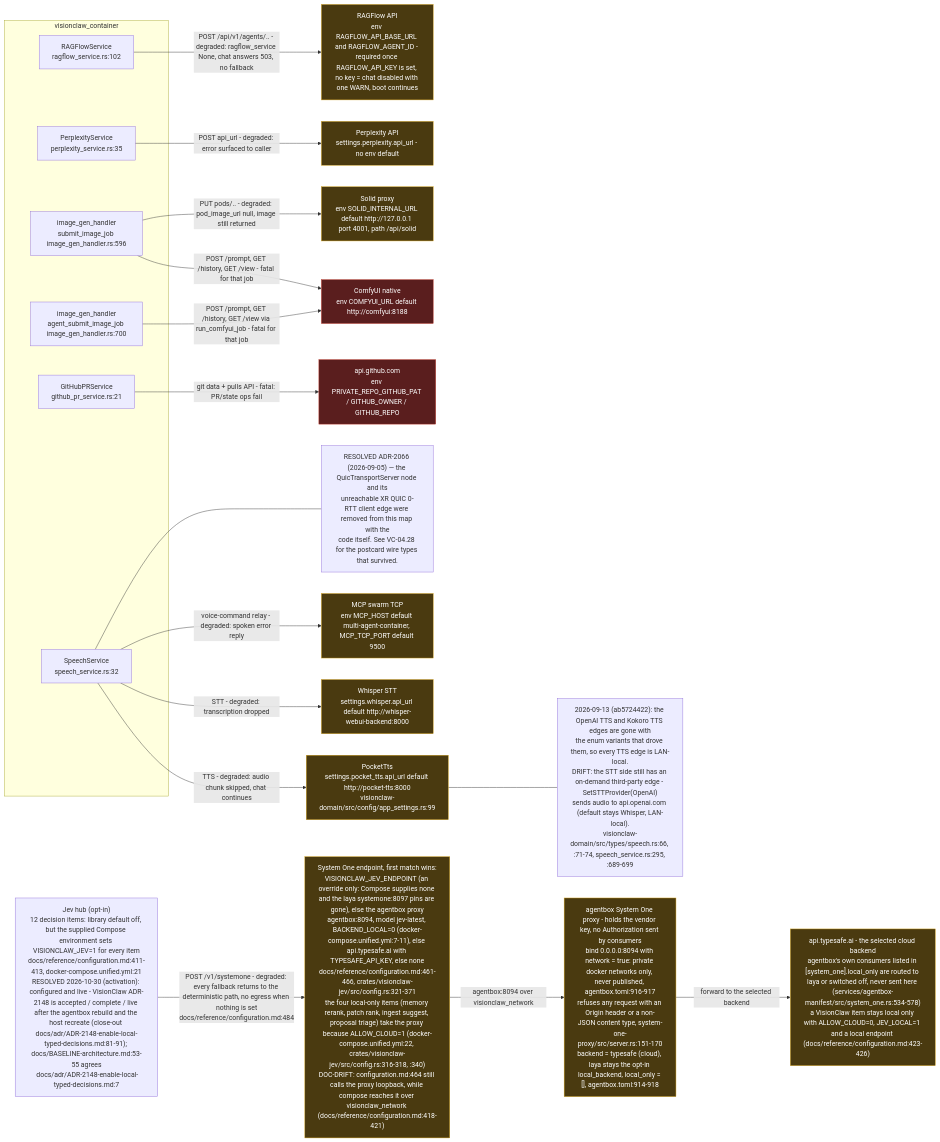
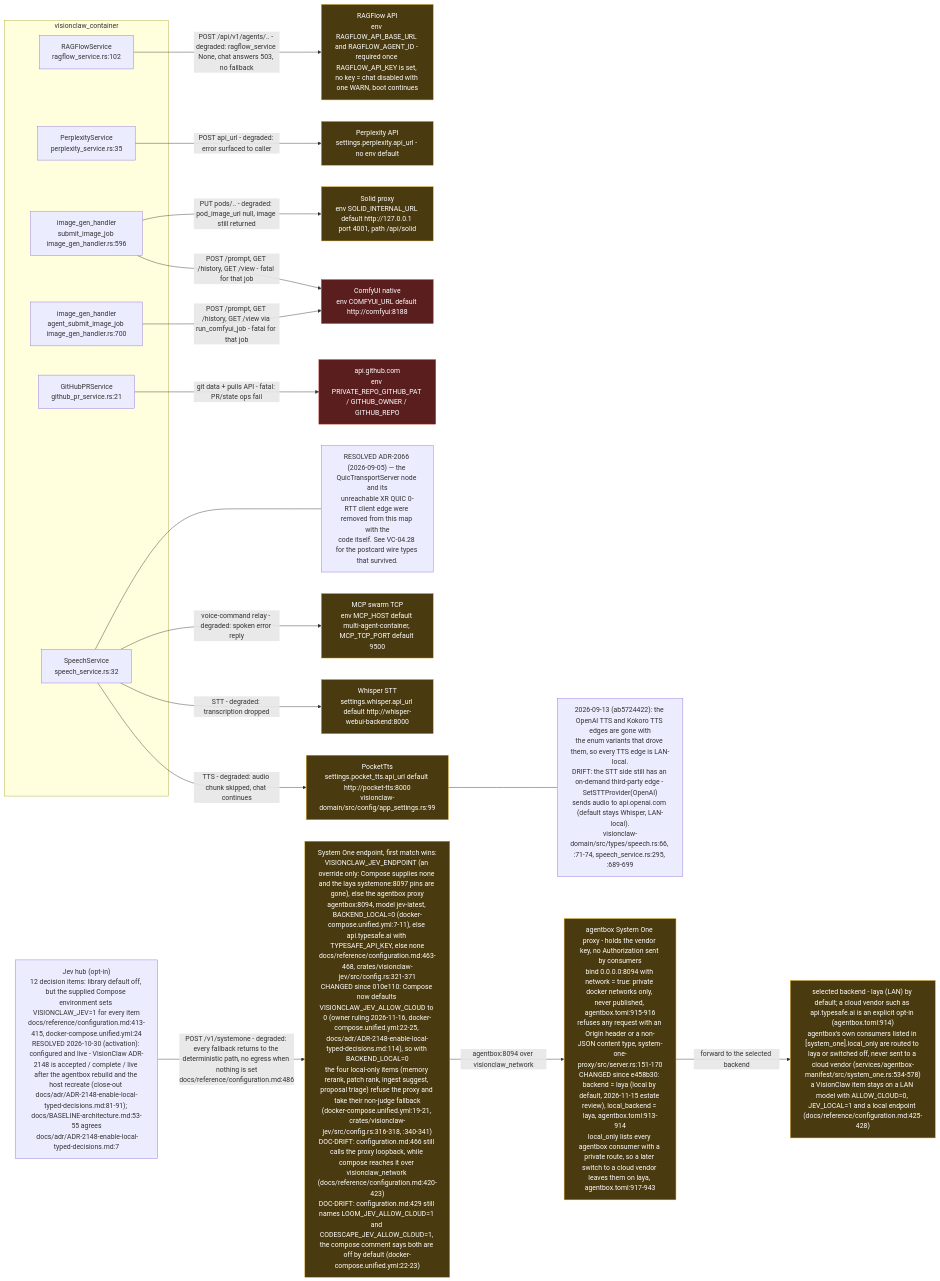
Before and after one commit to DreamLab-AI/VisionFlow: the eighth of 8 diagrams in docs/diagrams/visionclaw/28-external-services.md, drawn with Mermaid. The commit also changed other lines of this file and 7 other files, not shown here.

First line of the commit message:
diagrams(visionclaw): re-verify VC-25..28 and VC-30..33 at visionclaw 4900ec60b, agentbox 59b1aca1c

````diff
--- a/docs/diagrams/visionclaw/28-external-services.md
+++ b/docs/diagrams/visionclaw/28-external-services.md
@@ -395,47 +395,47 @@
 ```mermaid
 flowchart LR
     subgraph app["visionclaw_container"]
         RS["RAGFlowService<br/>ragflow_service.rs:102"]
         PS["PerplexityService<br/>perplexity_service.rs:35"]
         IG["image_gen_handler<br/>submit_image_job image_gen_handler.rs:596"]
         AG["image_gen_handler<br/>agent_submit_image_job image_gen_handler.rs:700"]
         GH["GitHubPRService<br/>github_pr_service.rs:21"]
         SS["SpeechService<br/>speech_service.rs:32"]
     end
 
     RF["RAGFlow API<br/>env RAGFLOW_API_BASE_URL and RAGFLOW_AGENT_ID - required once RAGFLOW_API_KEY is set, no key = chat disabled with one WARN, boot continues"]
     PX["Perplexity API<br/>settings.perplexity.api_url - no env default"]
     CFU["ComfyUI native<br/>env COMFYUI_URL default http://comfyui:8188"]
     SOL["Solid proxy<br/>env SOLID_INTERNAL_URL default http://127.0.0.1 port 4001, path /api/solid"]
     GHA["api.github.com<br/>env PRIVATE_REPO_GITHUB_PAT / GITHUB_OWNER / GITHUB_REPO"]
     PT["PocketTts<br/>settings.pocket_tts.api_url default http://pocket-tts:8000<br/>visionclaw-domain/src/config/app_settings.rs:99"]
     WHI["Whisper STT<br/>settings.whisper.api_url default http://whisper-webui-backend:8000"]
     MCPS["MCP swarm TCP<br/>env MCP_HOST default multi-agent-container, MCP_TCP_PORT default 9500"]
 
     RS -->|"POST /api/v1/agents/.. - degraded: ragflow_service None, chat answers 503, no fallback"| RF
     PS -->|"POST api_url - degraded: error surfaced to caller"| PX
     IG -->|"POST /prompt, GET /history, GET /view - fatal for that job"| CFU
     AG -->|"POST /prompt, GET /history, GET /view via run_comfyui_job - fatal for that job"| CFU
     IG -->|"PUT pods/.. - degraded: pod_image_url null, image still returned"| SOL
     GH -->|"git data + pulls API - fatal: PR/state ops fail"| GHA
     SS -->|"TTS - degraded: audio chunk skipped, chat continues"| PT
     SS -->|"STT - degraded: transcription dropped"| WHI
     SS -->|"voice-command relay - degraded: spoken error reply"| MCPS
-    JV["Jev hub (opt-in)<br/>12 decision items: library default off, but the supplied Compose environment sets VISIONCLAW_JEV=1 for every item<br/>docs/reference/configuration.md:411-413, docker-compose.unified.yml:21<br/>RESOLVED 2026-10-30 (activation): configured and live - VisionClaw ADR-2148 is accepted / complete / live after the agentbox rebuild and the host recreate (close-out docs/adr/ADR-2148-enable-local-typed-decisions.md:81-91); docs/BASELINE-architecture.md:53-55 agrees<br/> docs/adr/ADR-2148-enable-local-typed-decisions.md:7"]
-    JEP["System One endpoint, first match wins:<br/>VISIONCLAW_JEV_ENDPOINT (an override only: Compose supplies none and the laya systemone:8097 pins are gone), else the agentbox proxy<br/>agentbox:8094, model jev-latest, BACKEND_LOCAL=0 (docker-compose.unified.yml:7-11), else api.typesafe.ai with TYPESAFE_API_KEY, else none<br/>docs/reference/configuration.md:461-466, crates/visionclaw-jev/src/config.rs:321-371<br/>the four local-only items (memory rerank, patch rank, ingest suggest, proposal triage) take the proxy because ALLOW_CLOUD=1 (docker-compose.unified.yml:22, crates/visionclaw-jev/src/config.rs:316-318, :340)<br/>DOC-DRIFT: configuration.md:464 still calls the proxy loopback, while compose reaches it over visionclaw_network (docs/reference/configuration.md:418-421)"]
-    AB["agentbox System One proxy - holds the vendor key, no Authorization sent by consumers<br/>bind 0.0.0.0:8094 with network = true: private docker networks only, never published, agentbox.toml:916-917<br/>refuses any request with an Origin header or a non-JSON content type, system-one-proxy/src/server.rs:151-170<br/>backend = typesafe (cloud), laya stays the opt-in local_backend, local_only = [], agentbox.toml:914-918"]
-    TS["api.typesafe.ai - the selected cloud backend<br/>agentbox's own consumers listed in [system_one].local_only are routed to laya or switched off, never sent here (services/agentbox-manifest/src/system_one.rs:534-578)<br/>a VisionClaw item stays local only with ALLOW_CLOUD=0, JEV_LOCAL=1 and a local endpoint (docs/reference/configuration.md:423-426)"]
-    JV -->|"POST /v1/systemone - degraded: every fallback returns to the deterministic path, no egress when nothing is set<br/>docs/reference/configuration.md:484"| JEP
+    JV["Jev hub (opt-in)<br/>12 decision items: library default off, but the supplied Compose environment sets VISIONCLAW_JEV=1 for every item<br/>docs/reference/configuration.md:413-415, docker-compose.unified.yml:24<br/>RESOLVED 2026-10-30 (activation): configured and live - VisionClaw ADR-2148 is accepted / complete / live after the agentbox rebuild and the host recreate (close-out docs/adr/ADR-2148-enable-local-typed-decisions.md:81-91); docs/BASELINE-architecture.md:53-55 agrees<br/> docs/adr/ADR-2148-enable-local-typed-decisions.md:7"]
+    JEP["System One endpoint, first match wins:<br/>VISIONCLAW_JEV_ENDPOINT (an override only: Compose supplies none and the laya systemone:8097 pins are gone), else the agentbox proxy<br/>agentbox:8094, model jev-latest, BACKEND_LOCAL=0 (docker-compose.unified.yml:7-11), else api.typesafe.ai with TYPESAFE_API_KEY, else none<br/>docs/reference/configuration.md:463-468, crates/visionclaw-jev/src/config.rs:321-371<br/>CHANGED since 010e110: Compose now defaults VISIONCLAW_JEV_ALLOW_CLOUD to 0 (owner ruling 2026-11-16, docker-compose.unified.yml:22-25, docs/adr/ADR-2148-enable-local-typed-decisions.md:114), so with BACKEND_LOCAL=0<br/>the four local-only items (memory rerank, patch rank, ingest suggest, proposal triage) refuse the proxy and take their non-judge fallback<br/>(docker-compose.unified.yml:19-21, crates/visionclaw-jev/src/config.rs:316-318, :340-341)<br/>DOC-DRIFT: configuration.md:466 still calls the proxy loopback, while compose reaches it over visionclaw_network (docs/reference/configuration.md:420-423)<br/>DOC-DRIFT: configuration.md:429 still names LOOM_JEV_ALLOW_CLOUD=1 and CODESCAPE_JEV_ALLOW_CLOUD=1, the compose comment says both are off by default (docker-compose.unified.yml:22-23)"]
+    AB["agentbox System One proxy - holds the vendor key, no Authorization sent by consumers<br/>bind 0.0.0.0:8094 with network = true: private docker networks only, never published, agentbox.toml:915-916<br/>refuses any request with an Origin header or a non-JSON content type, system-one-proxy/src/server.rs:151-170<br/>CHANGED since e458b30: backend = laya (local by default, 2026-11-15 estate review), local_backend = laya, agentbox.toml:913-914<br/>local_only lists every agentbox consumer with a private route, so a later switch to a cloud vendor leaves them on laya, agentbox.toml:917-943"]
+    TS["selected backend - laya (LAN) by default; a cloud vendor such as api.typesafe.ai is an explicit opt-in (agentbox.toml:914)<br/>agentbox's own consumers listed in [system_one].local_only are routed to laya or switched off, never sent to a cloud vendor (services/agentbox-manifest/src/system_one.rs:534-578)<br/>a VisionClaw item stays on a LAN model with ALLOW_CLOUD=0, JEV_LOCAL=1 and a local endpoint (docs/reference/configuration.md:425-428)"]
+    JV -->|"POST /v1/systemone - degraded: every fallback returns to the deterministic path, no egress when nothing is set<br/>docs/reference/configuration.md:486"| JEP
     JEP -->|"agentbox:8094 over visionclaw_network"| AB
     AB -->|"forward to the selected backend"| TS
 
     N1["RESOLVED ADR-2066 (2026-09-05) — the QuicTransportServer node and its<br/>unreachable XR QUIC 0-RTT client edge were removed from this map with the<br/>code itself. See VC-04.28 for the postcard wire types that survived."]
     SS --- N1
     N2["2026-09-13 (ab5724422): the OpenAI TTS and Kokoro TTS edges are gone with<br/>the enum variants that drove them, so every TTS edge is LAN-local.<br/>DRIFT: the STT side still has an on-demand third-party edge - SetSTTProvider(OpenAI)<br/>sends audio to api.openai.com (default stays Whisper, LAN-local).<br/>visionclaw-domain/src/types/speech.rs:66, :71-74, speech_service.rs:295, :689-699"]
     PT --- N2
 
     classDef fatal fill:#5a1e1e,stroke:#c0392b,color:#fff
     classDef degraded fill:#4a3a10,stroke:#d4a017,color:#fff
     class GHA,CFU fatal
     class RF,PX,SOL,PT,WHI,MCPS,JEP,AB,TS degraded
 ```
````
